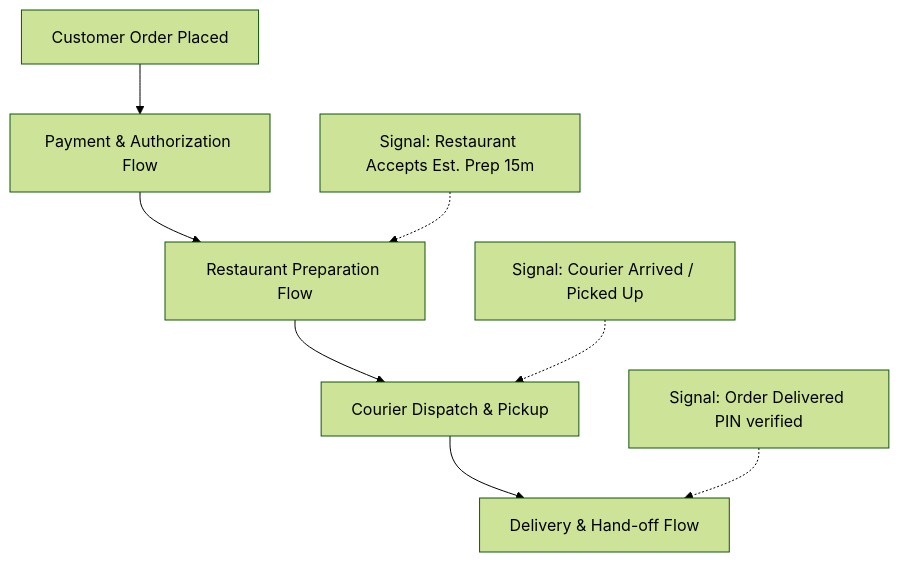
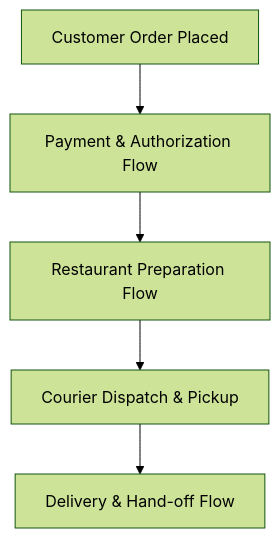
The tenth of 11 diagrams in blog/astro/src/content/docs/uber-architecture.md (Chandra179/atlas), drawn with Mermaid (forest theme) before and after one commit. The commit also changed other lines of this file and 6 other files, not shown here.

````diff
--- a/blog/astro/src/content/docs/uber-architecture.md
+++ b/blog/astro/src/content/docs/uber-architecture.md
@@ -822,10 +750,7 @@
 ```mermaid
 graph TB
     START["Customer Order Placed"] --> PAY["Payment & Authorization Flow"]
     PAY --> REST["Restaurant Preparation Flow"]
     REST --> COURIER["Courier Dispatch & Pickup"]
     COURIER --> DELIVERY["Delivery & Hand-off Flow"]
-    SIG1["Signal: Restaurant Accepts Est. Prep 15m"] -.-> REST
-    SIG2["Signal: Courier Arrived / Picked Up"] -.-> COURIER
-    SIG3["Signal: Order Delivered PIN verified"] -.-> DELIVERY
 ```
````
